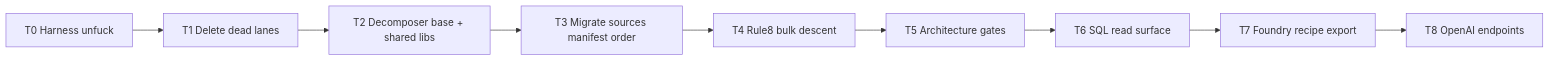
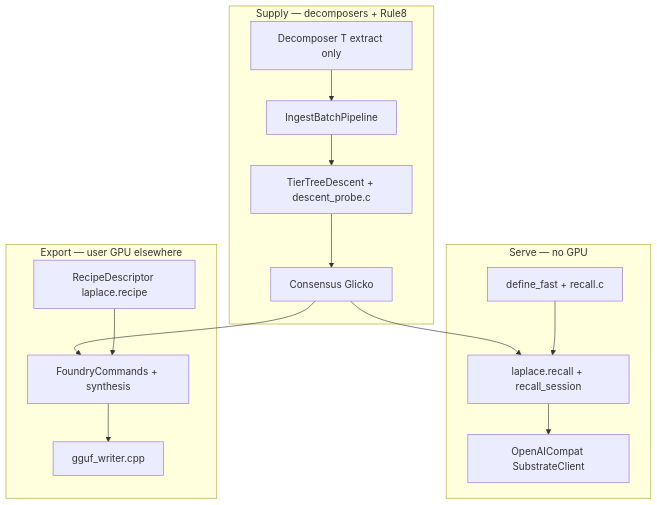
One commit to SaltyPatron/Laplace changed the diagram in .cursor/plans/full_stack_remediation_bdaba5c3.plan.md. Above: the diagram before and after it, drawn with Mermaid. The commit also changed other lines of this file and 1 other file, not shown here.

Commit message:
Manual user commit to clear stage - Claude and Cursor are sabotaging fuckwads who steals your money, diminishes your service, steals from you, etc... This commit is one of thousands of proofs i havce

````diff
--- a/.cursor/plans/full_stack_remediation_bdaba5c3.plan.md
+++ b/.cursor/plans/full_stack_remediation_bdaba5c3.plan.md
@@ -69,15 +67,25 @@
 ```mermaid
-flowchart LR
-  T0[T0 Harness unfuck]
-  T1[T1 Delete dead lanes]
-  T2[T2 Decomposer base + shared libs]
-  T3[T3 Migrate sources manifest order]
-  T4[T4 Rule8 bulk descent]
-  T5[T5 Architecture gates]
-  T6[T6 SQL read surface]
-  T7[T7 Foundry recipe export]
-  T8[T8 OpenAI endpoints]
-  T0 --> T1 --> T2 --> T3
-  T3 --> T4 --> T5
-  T5 --> T6 --> T7 --> T8
+flowchart TB
+  subgraph supply [Supply — decomposers + Rule8]
+    DEC[Decomposer T extract only]
+    PIPE[IngestBatchPipeline]
+    DESC[TierTreeDescent + descent_probe.c]
+    CONS[Consensus Glicko]
+  end
+  subgraph serve [Serve — no GPU]
+    API[OpenAICompat SubstrateClient]
+    REC[laplace.recall + recall_session]
+    NAT[define_fast + recall.c]
+  end
+  subgraph export [Export — user GPU elsewhere]
+    RECIPE[RecipeDescriptor laplace.recipe]
+    FOUNDRY[FoundryCommands + synthesis]
+    GGUF[gguf_writer.cpp]
+  end
+  DEC --> PIPE --> DESC --> CONS
+  CONS --> REC
+  REC --> API
+  NAT --> REC
+  CONS --> FOUNDRY
+  RECIPE --> FOUNDRY --> GGUF
 ```
````
